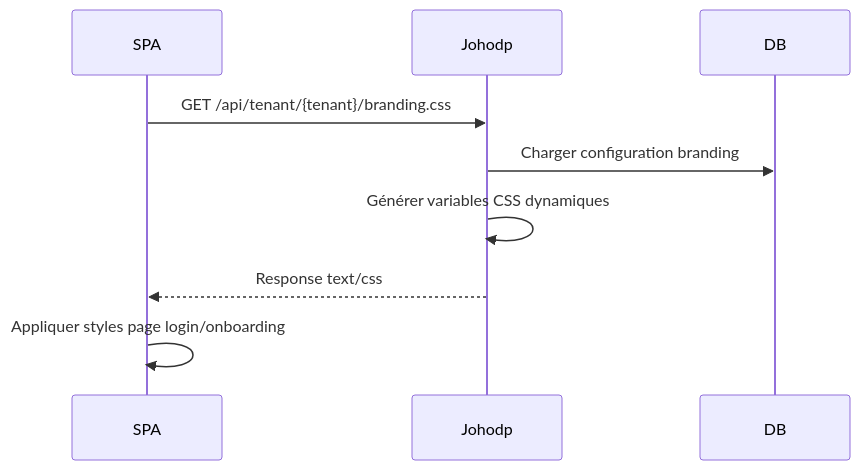
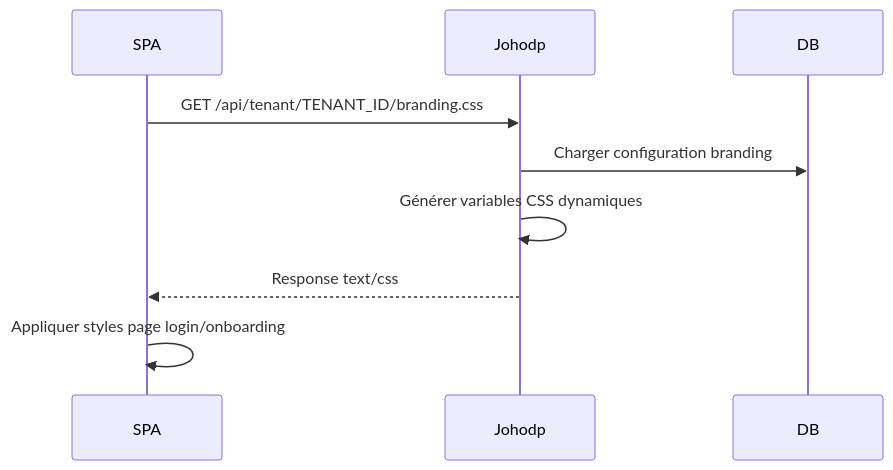
One commit to FantasticJoho/johodp changed diagram 23 of 27 in USE_CASES.md. Above: the diagram before and after it, drawn with Mermaid. The commit also changed other lines of this file, not shown here.

Commit message:
feat: Add flowcharts for password reset and tenant management use cases

````diff
--- a/USE_CASES.md
+++ b/USE_CASES.md
@@ -1629,11 +2028,11 @@
 ```mermaid
 sequenceDiagram
    participant SPA as SPA
    participant IdP as Johodp
    participant DB as DB
-   SPA->>IdP: GET /api/tenant/{tenant}/branding.css
+   SPA->>IdP: GET /api/tenant/TENANT_ID/branding.css
    IdP->>DB: Charger configuration branding
    IdP->>IdP: Générer variables CSS dynamiques
    IdP-->>SPA: Response text/css
    SPA->>SPA: Appliquer styles page login/onboarding
 ```
````
